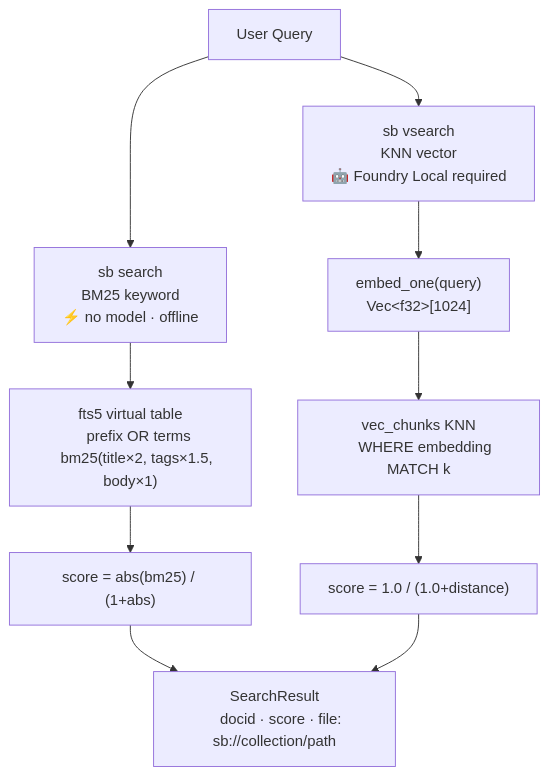
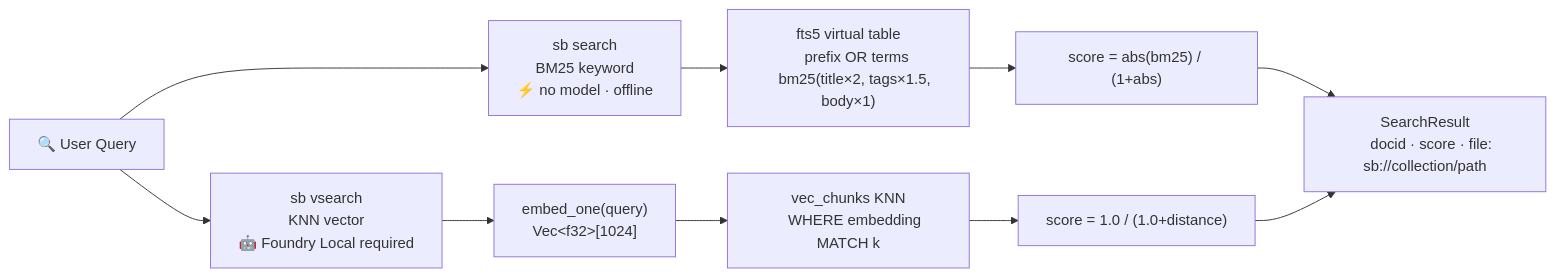
One commit to DevPartner/second-brain-cli changed the seventh of 11 diagrams in docs/architecture.md. Above: the diagram before and after it, drawn with Mermaid. The commit also changed other lines of this file, not shown here.

````diff
--- a/docs/architecture.md
+++ b/docs/architecture.md
@@ -192,24 +168,24 @@
 ```mermaid
-graph TD
-    Q["User Query"] --> BM["sb search
+graph LR
+    Q["🔍 User Query"] --> BM["sb search
     BM25 keyword
     ⚡ no model · offline"]
     Q --> VS["sb vsearch
     KNN vector
     🤖 Foundry Local required"]
 
     BM --> FTS["fts5 virtual table
     prefix OR terms
     bm25(title×2, tags×1.5, body×1)"]
     VS --> QE["embed_one(query)
     Vec&lt;f32&gt;[1024]"]
     QE --> KNN["vec_chunks KNN
     WHERE embedding MATCH k"]
 
     FTS --> S1["score = abs(bm25) / (1+abs)"]
     KNN --> S2["score = 1.0 / (1.0+distance)"]
 
     S1 --> OUT["SearchResult
     docid · score · file: sb://collection/path"]
     S2 --> OUT
 ```
````
